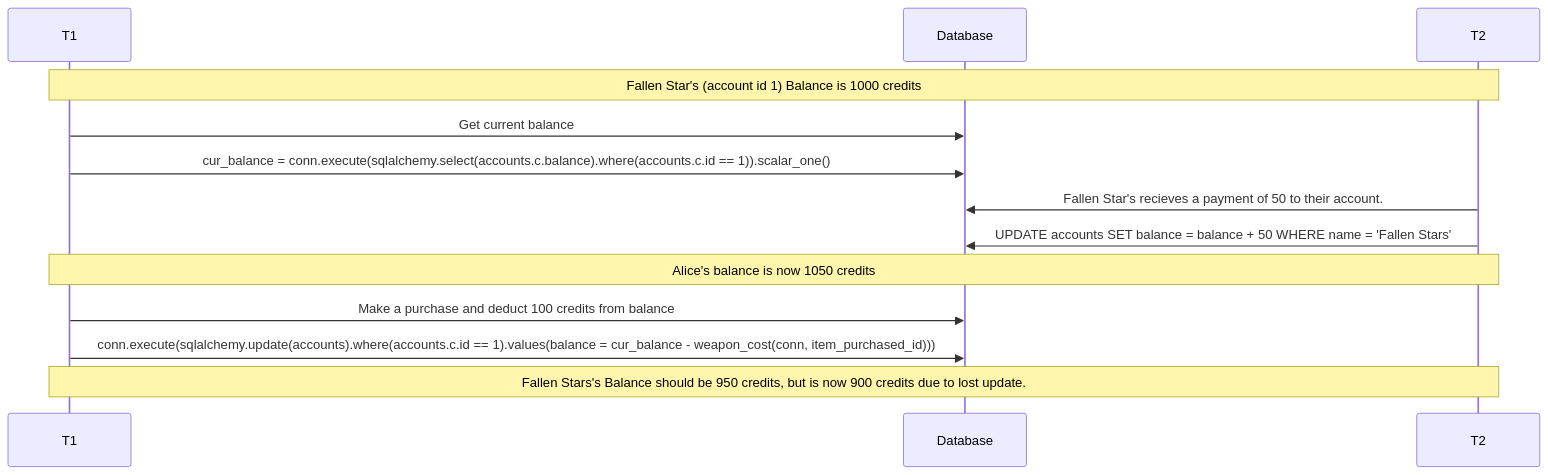
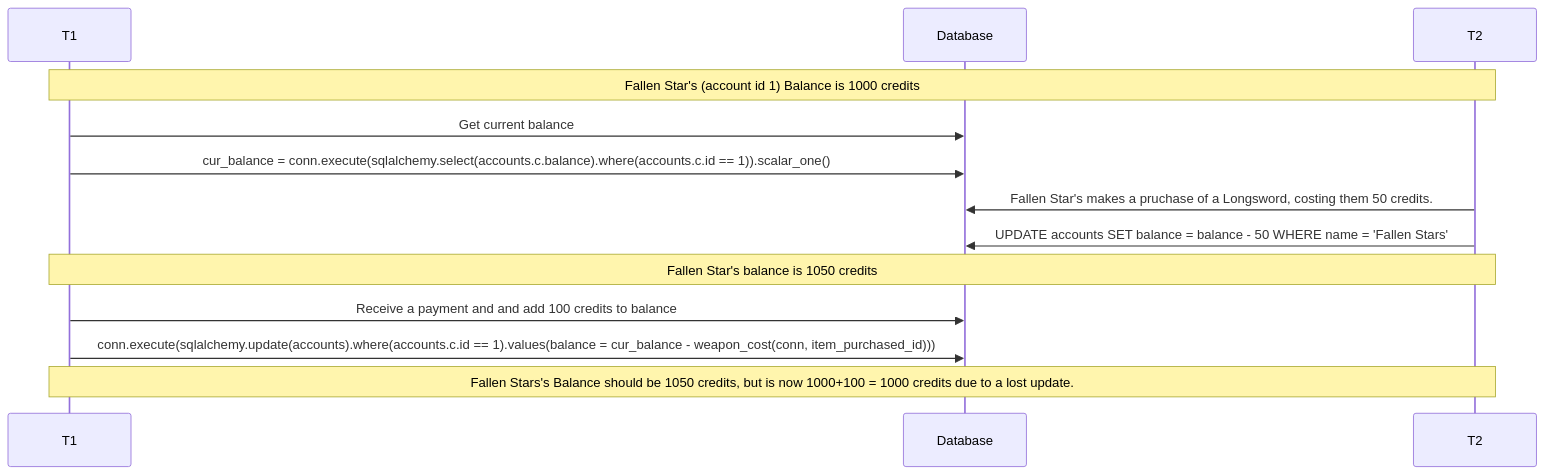
Before and after one commit to irwinj22/FallenStars: the first of 2 diagrams in docs/concurrency.md, drawn with Mermaid. The commit also changed other lines of this file, not shown here.

````diff
--- a/docs/concurrency.md
+++ b/docs/concurrency.md
@@ -5,15 +7,15 @@
 ```mermaid
 sequenceDiagram
     participant T1
     participant Database
     participant T2
     Note over T1, T2: Fallen Star's (account id 1) Balance is 1000 credits
     T1->>Database: Get current balance
     T1->>Database: cur_balance = conn.execute(sqlalchemy.select(accounts.c.balance).where(accounts.c.id == 1)).scalar_one();
-    T2->>Database: Fallen Star's recieves a payment of 50 to their account.
-    T2->>Database: UPDATE accounts SET balance = balance + 50 WHERE name = 'Fallen Stars'
-    Note over T1, T2: Alice's balance is now 1050 credits
-    T1->>Database: Make a purchase and deduct 100 credits from balance
+    T2->>Database: Fallen Star's makes a pruchase of a Longsword, costing them 50 credits.
+    T2->>Database: UPDATE accounts SET balance = balance - 50 WHERE name = 'Fallen Stars'
+    Note over T1, T2: Fallen Star's balance is 1050 credits
+    T1->>Database: Receive a payment and and add 100 credits to balance
     T1->>Database: conn.execute(sqlalchemy.update(accounts).where(accounts.c.id == 1).values(balance = cur_balance - weapon_cost(conn, item_purchased_id)))
-    Note over T1, T2: Fallen Stars's Balance should be 950 credits, but is now 900 credits due to lost update.
+    Note over T1, T2: Fallen Stars's Balance should be 1050 credits, but is now 1000+100 = 1000 credits due to a lost update.
 ```
````
